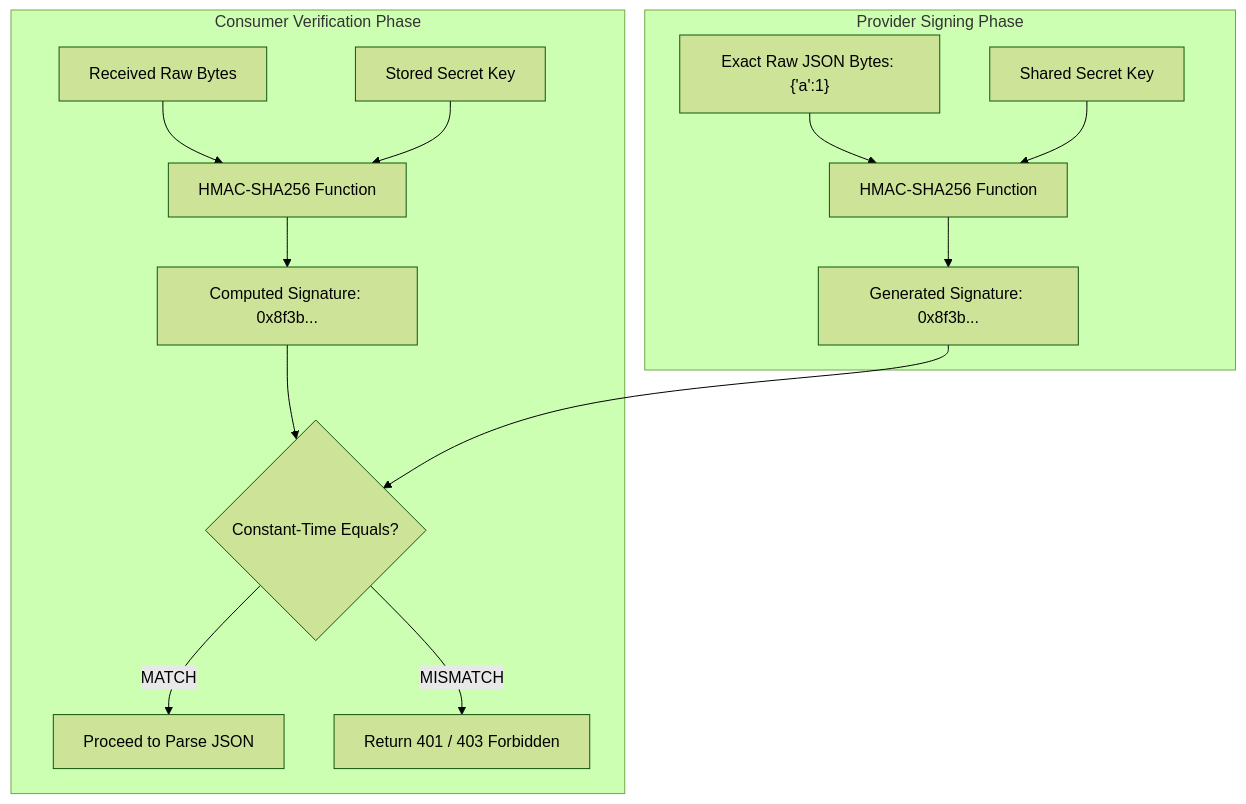
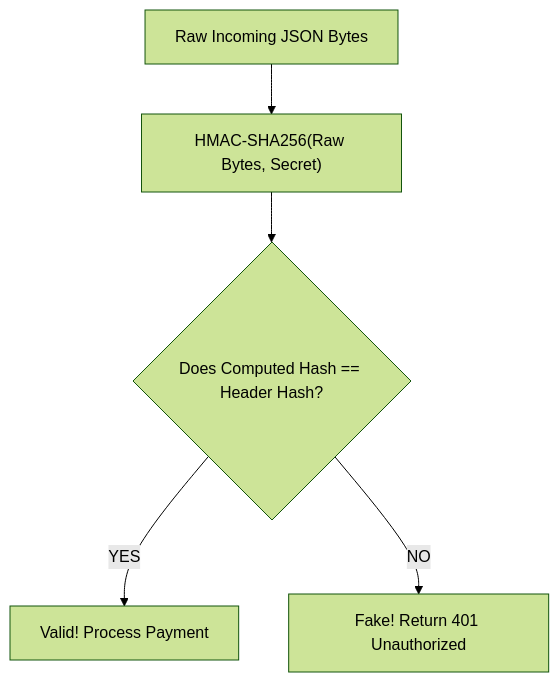
One commit to rohithgowda18/Notes changed the fourth of 10 diagrams in 07-Backend-Engineering/Webhooks.md. Above: the diagram before and after it, drawn with Mermaid (forest theme). The commit also changed other lines of this file, not shown here.

````diff
--- a/07-Backend-Engineering/Webhooks.md
+++ b/07-Backend-Engineering/Webhooks.md
@@ -248,28 +177,7 @@
 ```mermaid
 flowchart TD
-    subgraph ProviderSign ["Provider Signing Phase"]
-        RawBody["Exact Raw JSON Bytes: {'a':1}"]
-        SecretKey["Shared Secret Key"]
-        HMACEngine["HMAC-SHA256 Function"]
-        Sig["Generated Signature: 0x8f3b..."]
-        
-        RawBody --> HMACEngine
-        SecretKey --> HMACEngine
-        HMACEngine --> Sig
-    end
-
-    subgraph ConsumerVerify ["Consumer Verification Phase"]
-        InBody["Received Raw Bytes"]
-        LocalSecret["Stored Secret Key"]
-        LocalHMAC["HMAC-SHA256 Function"]
-        ComputedSig["Computed Signature: 0x8f3b..."]
-        
-        InBody --> LocalHMAC
-        LocalSecret --> LocalHMAC
-        LocalHMAC --> ComputedSig
-        
-        ComputedSig & Sig --> Comp{"Constant-Time Equals?"}
-        Comp -- "MATCH" --> Valid["Proceed to Parse JSON"]
-        Comp -- "MISMATCH" --> Reject["Return 401 / 403 Forbidden"]
-    end
+    Raw["Raw Incoming JSON Bytes"] --> HashCalc["HMAC-SHA256(Raw Bytes, Secret)"]
+    HashCalc --> Comp{"Does Computed Hash == Header Hash?"}
+    Comp -- "YES" --> OK["Valid! Process Payment"]
+    Comp -- "NO" --> Reject["Fake! Return 401 Unauthorized"]
 ```
````
